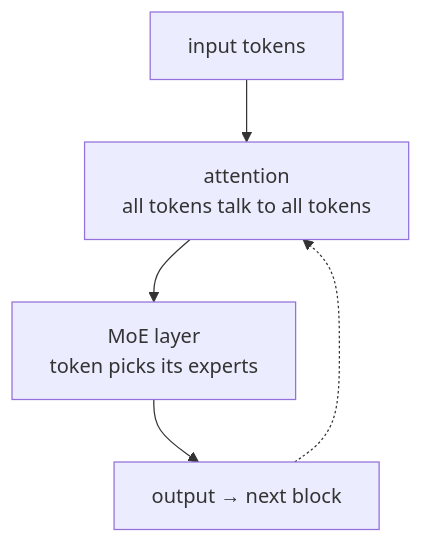
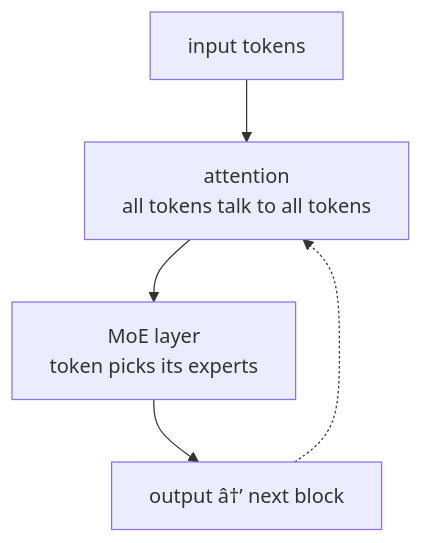
One commit to Mostakim2005/gpt-moe-3d-explainer changed the tenth of 11 diagrams in docs/algorithms.md. Above: the diagram before and after it, drawn with Mermaid. The commit also changed other lines of this file and 5 other files, not shown here.

````diff
--- a/docs/algorithms.md
+++ b/docs/algorithms.md
@@ -190,7 +192,7 @@
 ```mermaid
 flowchart TB
     TOK[input tokens] --> ATT[attention\nall tokens talk to all tokens]
     ATT --> MOE[MoE layer\ntoken picks its experts]
-    MOE --> NEXT[output → next block]
+    MOE --> NEXT[output â†’ next block]
     NEXT -.-> ATT
 ```
````
